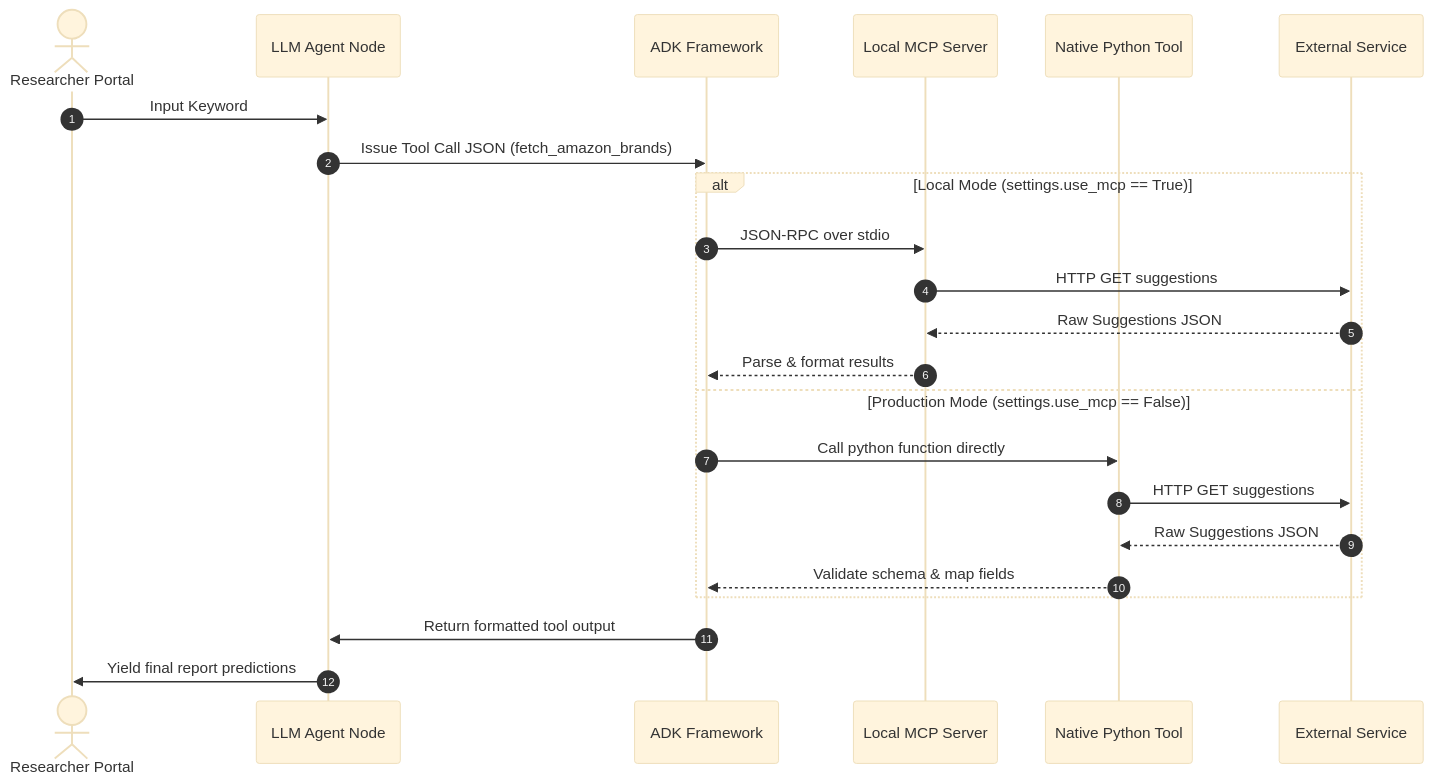
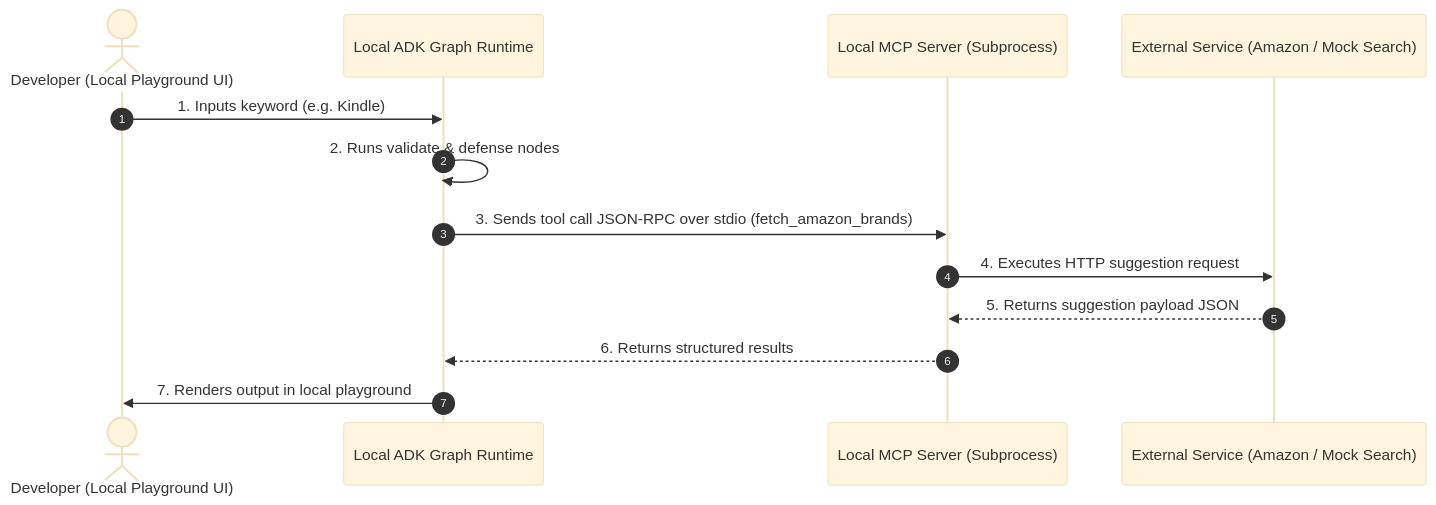
One commit to tinhct/lux-agent changed the second of 3 diagrams in docs/technical_know_how.md. Above: the diagram before and after it, drawn with Mermaid (base theme). The commit also changed other lines of this file, not shown here.

Commit message:
docs: separate local and cloud sequence diagrams in technical guide

````diff
--- a/docs/technical_know_how.md
+++ b/docs/technical_know_how.md
@@ -62,28 +63,16 @@
 ```mermaid
 sequenceDiagram
     autonumber
-    actor User as Researcher Portal
-    participant Node as LLM Agent Node
-    participant ADK as ADK Framework
-    participant MCP as Local MCP Server
-    participant Native as Native Python Tool
-    participant API as External Service
+    actor User as Developer (Local Playground UI)
+    participant ADK as Local ADK Graph Runtime
+    participant MCP as Local MCP Server (Subprocess)
+    participant API as External Service (Amazon / Mock Search)
 
-    User->>Node: Input Keyword
-    Node->>ADK: Issue Tool Call JSON (fetch_amazon_brands)
-    
-    alt Local Mode (settings.use_mcp == True)
-        ADK->>MCP: JSON-RPC over stdio
-        MCP->>API: HTTP GET suggestions
-        API-->>MCP: Raw Suggestions JSON
-        MCP-->>ADK: Parse & format results
-    else Production Mode (settings.use_mcp == False)
-        ADK->>Native: Call python function directly
-        Native->>API: HTTP GET suggestions
-        API-->>Native: Raw Suggestions JSON
-        Native-->>ADK: Validate schema & map fields
-    end
-
-    ADK->>Node: Return formatted tool output
-    Node->>User: Yield final report predictions
+    User->>ADK: 1. Inputs keyword (e.g. Kindle)
+    ADK->>ADK: 2. Runs validate & defense nodes
+    ADK->>MCP: 3. Sends tool call JSON-RPC over stdio (fetch_amazon_brands)
+    MCP->>API: 4. Executes HTTP suggestion request
+    API-->>MCP: 5. Returns suggestion payload JSON
+    MCP-->>ADK: 6. Returns structured results
+    ADK->>User: 7. Renders output in local playground
 ```
````
